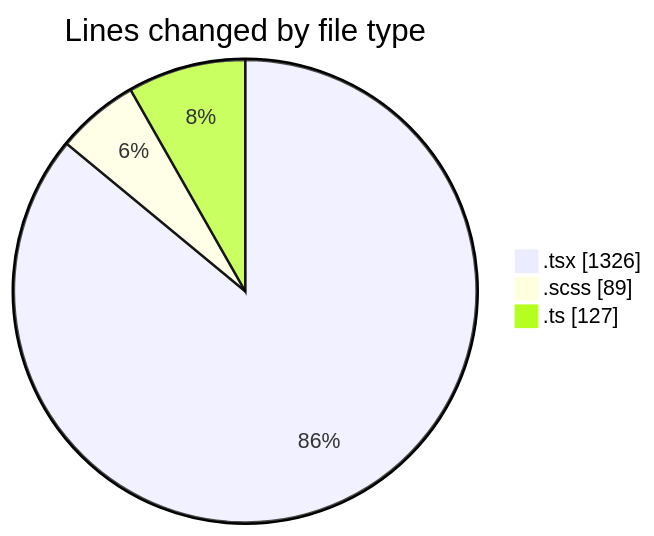
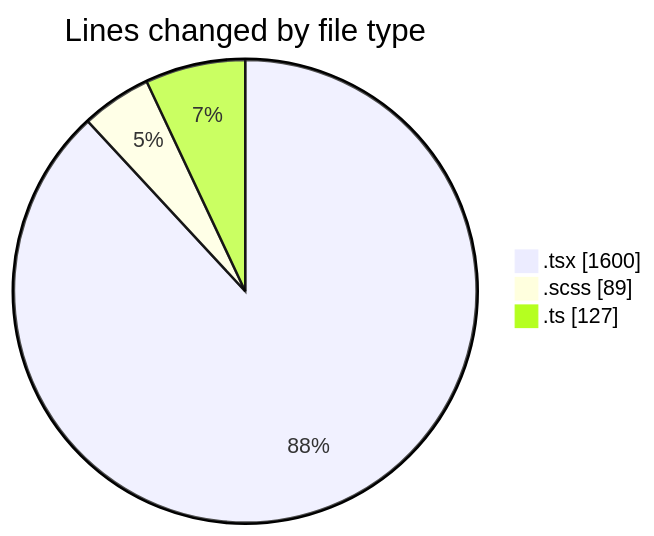
Before and after one commit to momahboobian/code-tracking: the first of 2 diagrams in 2025-06-17/cda/README.md, drawn with Mermaid. The commit also changed other lines of this file and 1 other file, not shown here.

Commit message:
activity.jsoncdacdaHelperGlossary.tsxInitiativeHeadcountForecasts.tsxPositionDetails.tsxPoolEvent.scsscda

````diff
--- a/2025-06-17/cda/README.md
+++ b/2025-06-17/cda/README.md
@@ -24,7 +24,7 @@
 ```mermaid
 pie showData
 title Lines changed by file type
-".tsx" : 1326
+".tsx" : 1600
 ".scss" : 89
 ".ts" : 127
 ```
````
